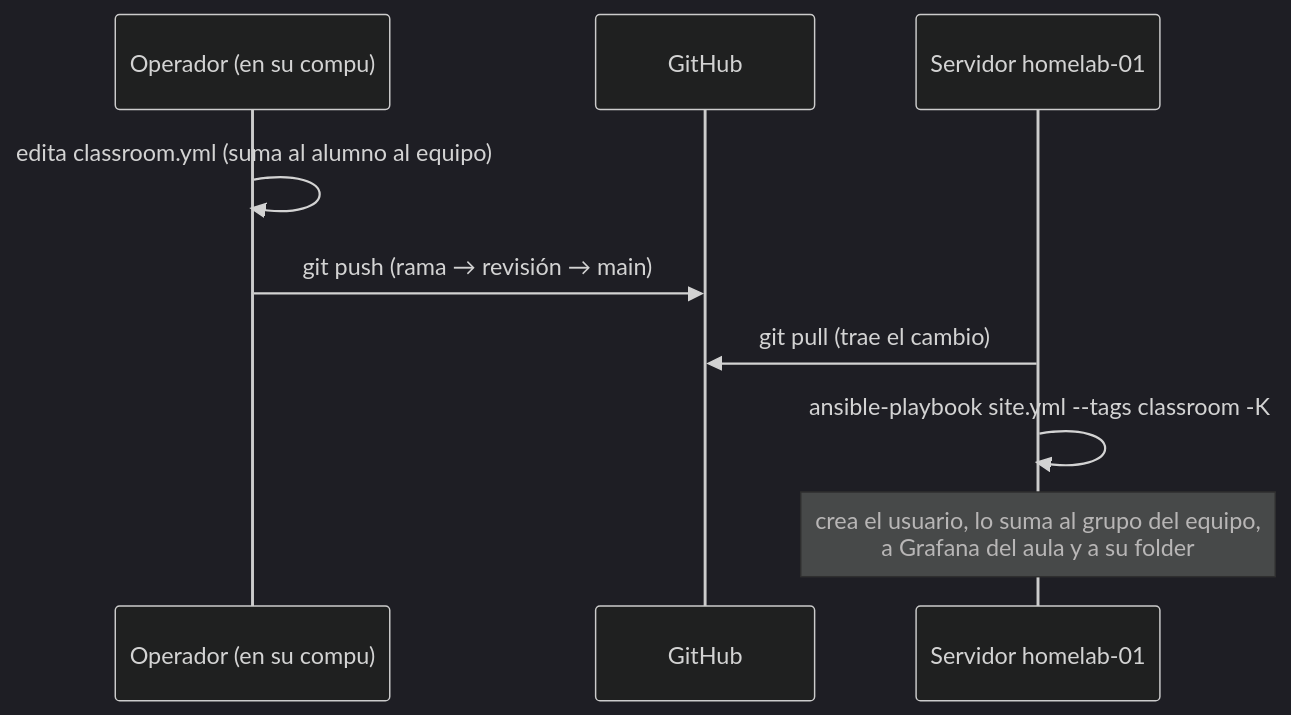
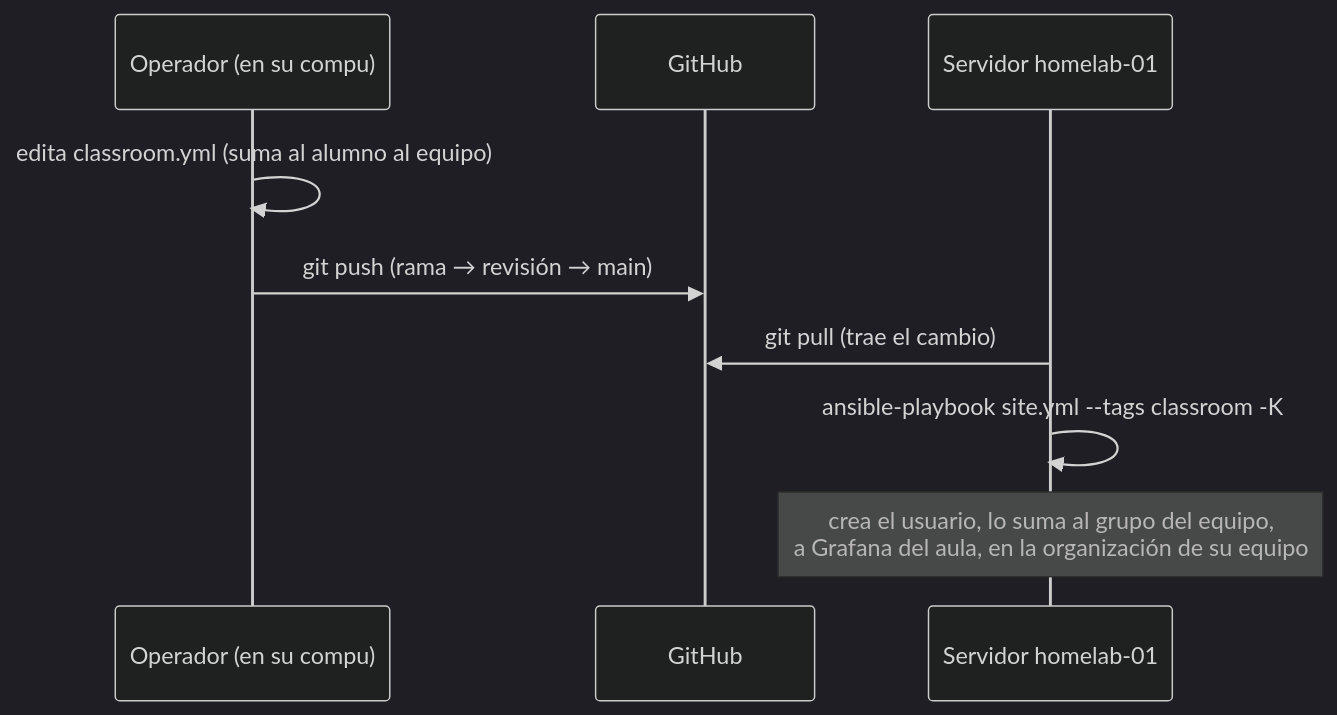
The third of 3 diagrams in docs/handbook/04-ansible-iac.md (resourceldg/homelab), drawn with Mermaid (dark theme) before and after one commit. The commit also changed 17 other files, not shown here.

First line of the commit message:
docs: el Grafana del aula ahora es una organización por equipo

````diff
--- a/docs/handbook/04-ansible-iac.md
+++ b/docs/handbook/04-ansible-iac.md
@@ -178,11 +178,11 @@
 ```mermaid
 sequenceDiagram
   participant Op as Operador (en su compu)
   participant G as GitHub
   participant S as Servidor homelab-01
   Op->>Op: edita classroom.yml (suma al alumno al equipo)
   Op->>G: git push (rama → revisión → main)
   S->>G: git pull (trae el cambio)
   S->>S: ansible-playbook site.yml --tags classroom -K
-  Note over S: crea el usuario, lo suma al grupo del equipo,<br/>a Grafana del aula y a su folder
+  Note over S: crea el usuario, lo suma al grupo del equipo,<br/>a Grafana del aula, en la organización de su equipo
 ```
````
